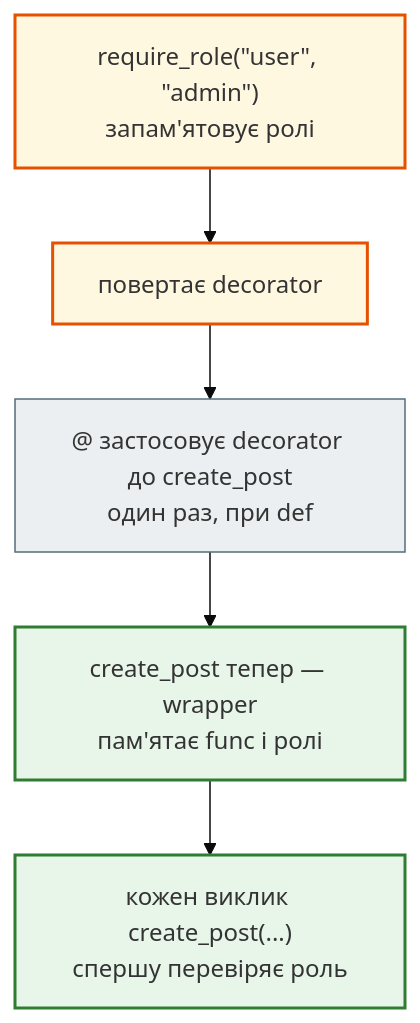
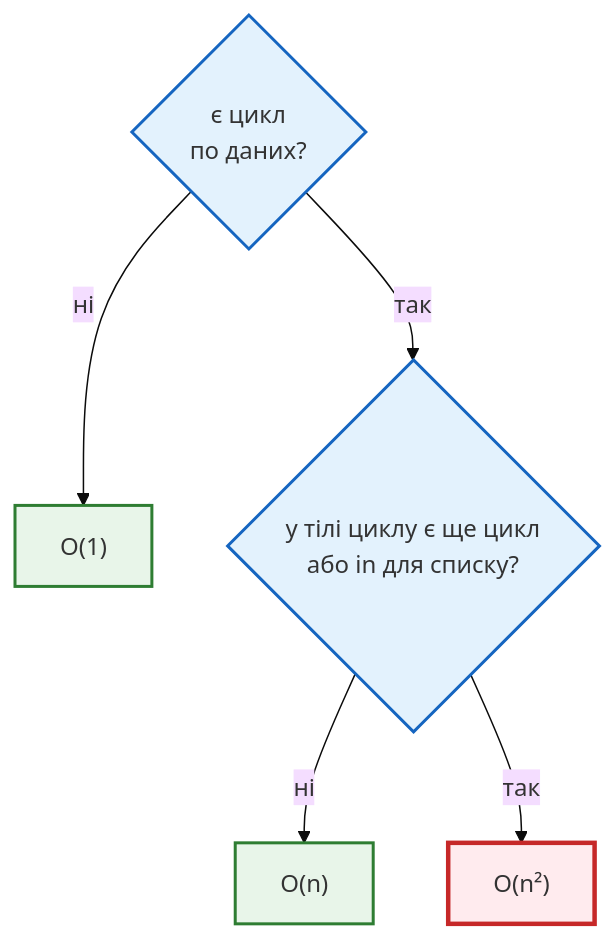
The third of 3 diagrams in docs/modules/m1/lesson_09.md (AlinaRadchenko/PY-Course-Victor-Nikoriak-22-09-2026), drawn with Mermaid (base theme) before and after one commit. The commit also changed other lines of this file and 1846 other files, not shown here.

````diff
--- a/docs/modules/m1/lesson_09.md
+++ b/docs/modules/m1/lesson_09.md
@@ -467,17 +372,17 @@
 ```mermaid
 flowchart TD
     classDef step     fill:#eceff1,stroke:#546e7a,stroke-width:1px;
     classDef decision fill:#e3f2fd,stroke:#1565c0,stroke-width:2px;
     classDef success  fill:#e8f5e9,stroke:#2e7d32,stroke-width:2px;
     classDef error    fill:#ffebee,stroke:#c62828,stroke-width:3px;
     classDef warning  fill:#fff8e1,stroke:#e65100,stroke-width:2px;
 
-    A["require_role(#quot;user#quot;, #quot;admin#quot;)<br>запам'ятовує ролі"] --> B["повертає decorator"]
-    B --> C["@ застосовує decorator до create_post<br>один раз, при def"]
-    C --> D["create_post тепер — wrapper<br>пам'ятає func і ролі"]
-    D --> E["кожен виклик create_post(...)<br>спершу перевіряє роль"]
+    S{"є цикл<br>по даних?"} -- ні --> O1["O(1)"]
+    S -- так --> N{"у тілі циклу є ще цикл<br>або in для списку?"}
+    N -- ні --> ON["O(n)"]
+    N -- так --> ON2["O(n²)"]
 
-    class A,B warning
-    class C step
-    class D,E success
+    class S,N decision
+    class O1,ON success
+    class ON2 error
 ```
````
